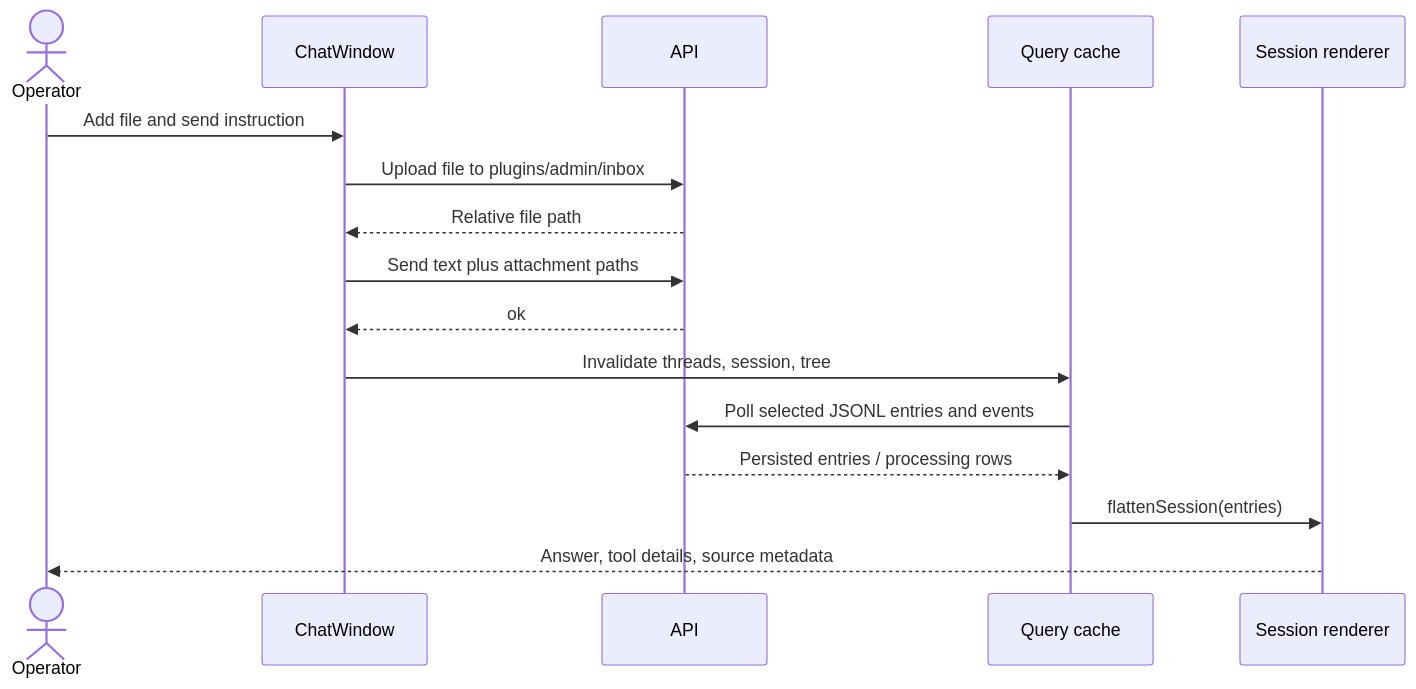
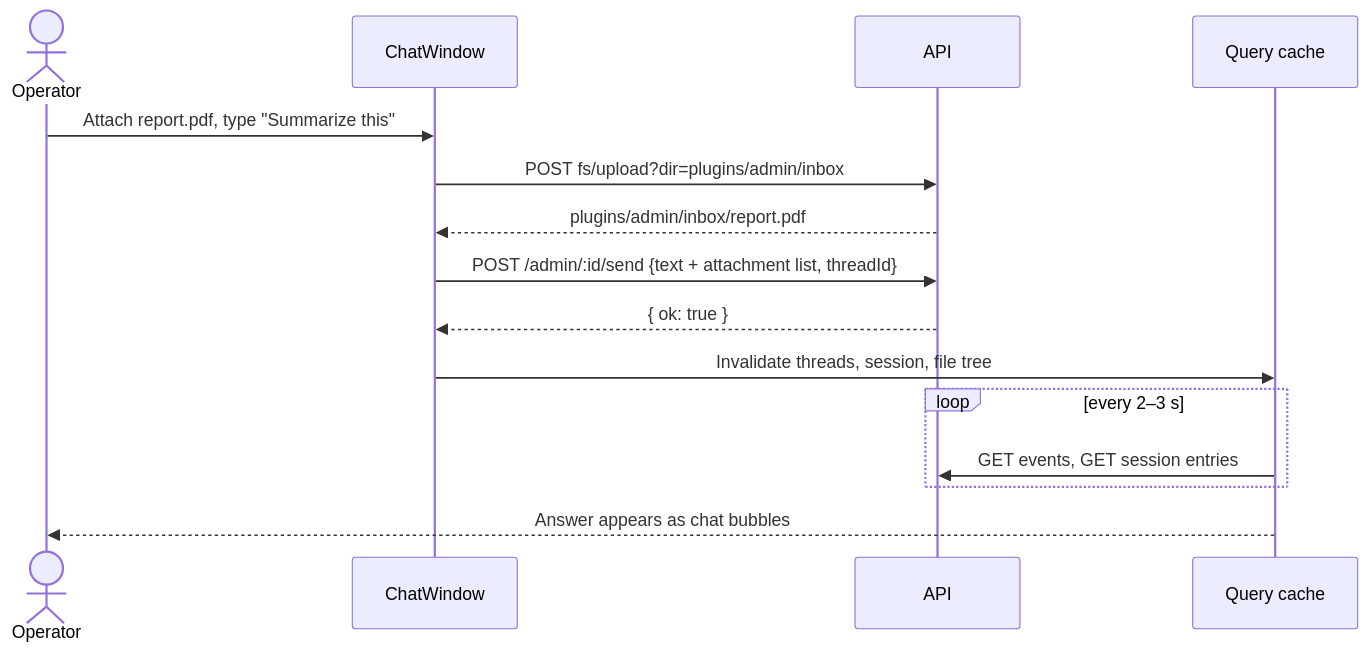
The diagram in docs/low-level/web.md (cognisphere-sh/cognisphere-harness), drawn with Mermaid before and after one commit. The commit also changed other lines of this file and 19 other files, not shown here.

First line of the commit message:
Update core implementation roadmap with revised delivery order and agent configuration details

````diff
--- a/docs/low-level/web.md
+++ b/docs/low-level/web.md
@@ -62,18 +55,17 @@
 ```mermaid
 sequenceDiagram
     actor Operator
     participant Chat as ChatWindow
     participant API
     participant Cache as Query cache
-    participant View as Session renderer
-    Operator->>Chat: Add file and send instruction
-    Chat->>API: Upload file to plugins/admin/inbox
-    API-->>Chat: Relative file path
-    Chat->>API: Send text plus attachment paths
-    API-->>Chat: ok
-    Chat->>Cache: Invalidate threads, session, tree
-    Cache->>API: Poll selected JSONL entries and events
-    API-->>Cache: Persisted entries / processing rows
-    Cache->>View: flattenSession(entries)
-    View-->>Operator: Answer, tool details, source metadata
+    Operator->>Chat: Attach report.pdf, type "Summarize this"
+    Chat->>API: POST fs/upload?dir=plugins/admin/inbox
+    API-->>Chat: plugins/admin/inbox/report.pdf
+    Chat->>API: POST /admin/:id/send {text + attachment list, threadId}
+    API-->>Chat: { ok: true }
+    Chat->>Cache: Invalidate threads, session, file tree
+    loop every 2–3 s
+        Cache->>API: GET events, GET session entries
+    end
+    Cache-->>Operator: Answer appears as chat bubbles
 ```
````
